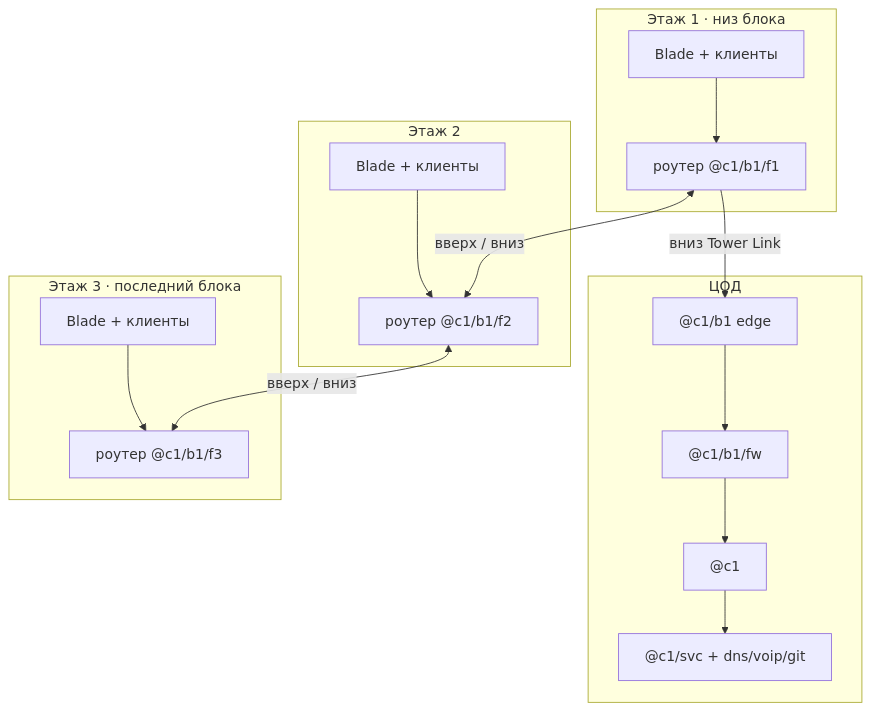
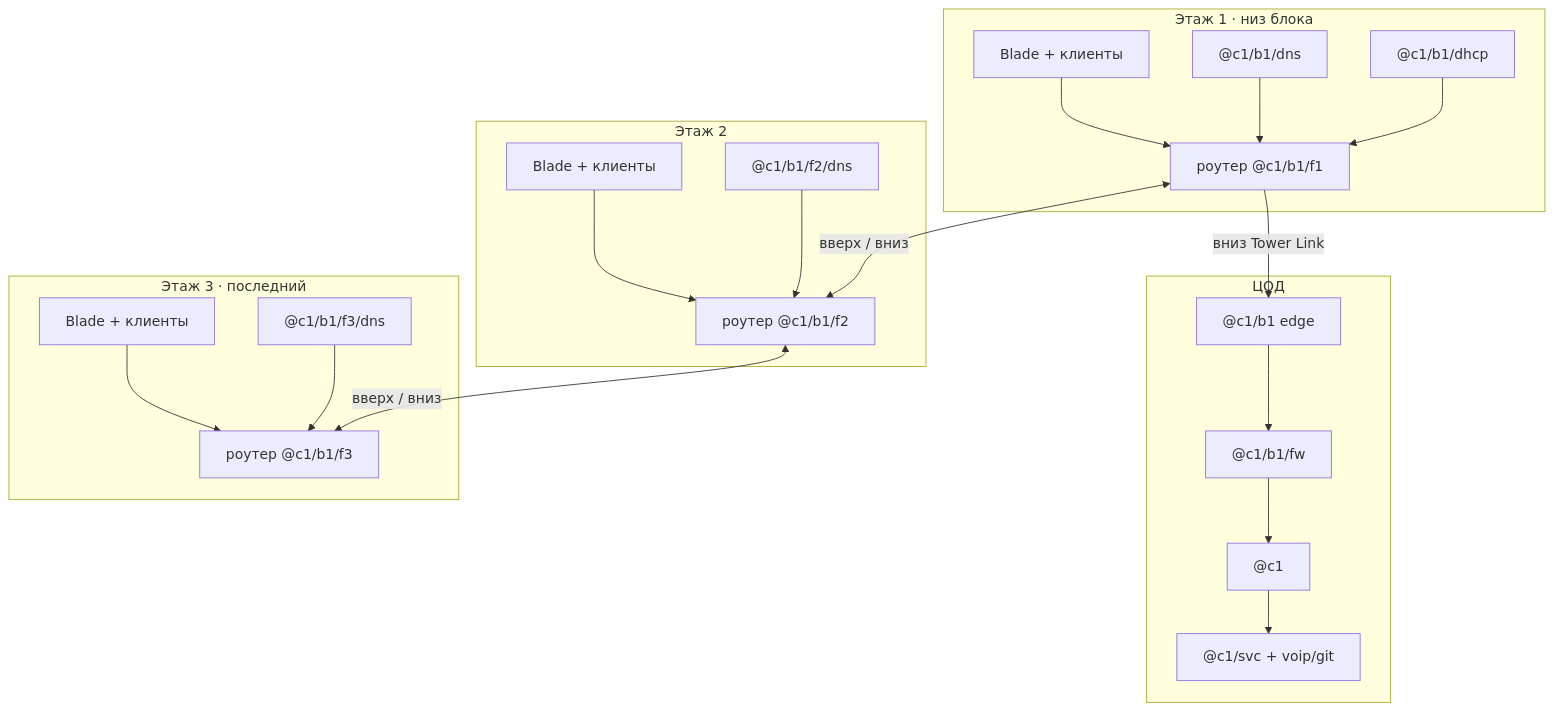
The first of 2 diagrams in guide/tni-day1-starter.md (DefaultUsernameWasAleadyTaken/TNI-ModManager-Plus), drawn with Mermaid before and after one commit. The commit also changed other lines of this file, not shown here.

Commit message:
docs: put block DNS/DHCP on floor 1 and per-floor DNS on 2-3.

````diff
--- a/guide/tni-day1-starter.md
+++ b/guide/tni-day1-starter.md
@@ -72,22 +84,28 @@
 ```mermaid
 flowchart TB
   subgraph dc [ЦОД]
     edge["@c1/b1 edge"]
     fw["@c1/b1/fw"]
     core["@c1"]
-    svc["@c1/svc + dns/voip/git"]
+    svc["@c1/svc + voip/git"]
     edge --> fw --> core --> svc
   end
   subgraph f1 [Этаж 1 · низ блока]
     sw1["Blade + клиенты"] --> r1["роутер @c1/b1/f1"]
+    dns1["@c1/b1/dns"]
+    dhcp1["@c1/b1/dhcp"]
+    dns1 --> r1
+    dhcp1 --> r1
   end
   subgraph f2 [Этаж 2]
     sw2["Blade + клиенты"] --> r2["роутер @c1/b1/f2"]
+    dns2["@c1/b1/f2/dns"] --> r2
   end
-  subgraph f3 [Этаж 3 · последний блока]
+  subgraph f3 [Этаж 3 · последний]
     sw3["Blade + клиенты"] --> r3["роутер @c1/b1/f3"]
+    dns3["@c1/b1/f3/dns"] --> r3
   end
   r1 -->|вниз Tower Link| edge
   r1 <-->|вверх / вниз| r2
   r2 <-->|вверх / вниз| r3
 ```
````
